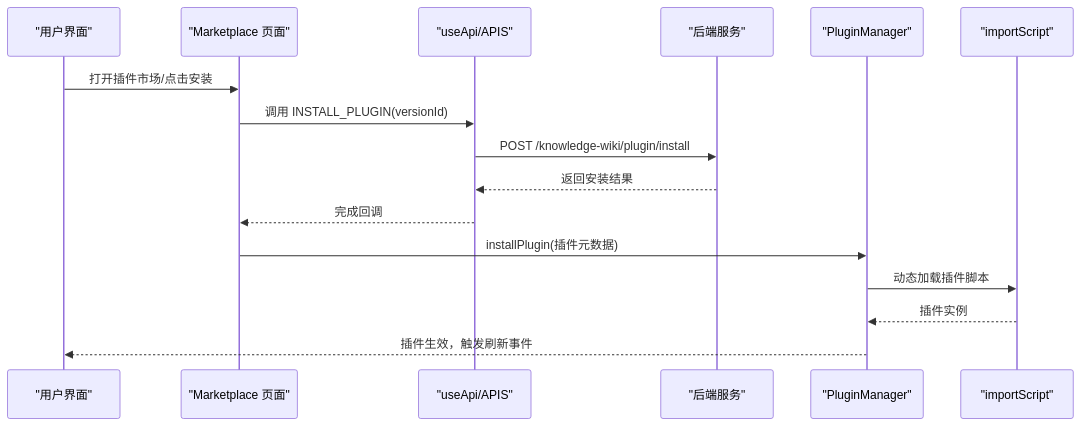
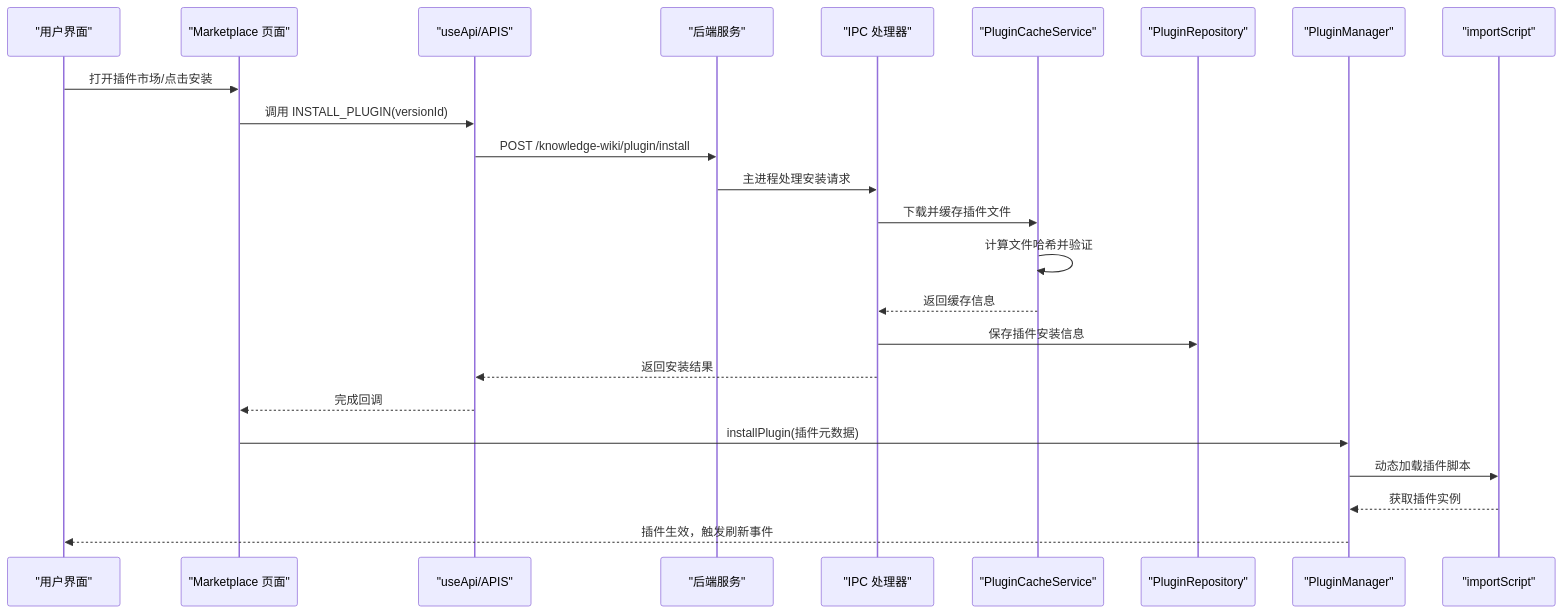
The second of 7 diagrams in .qoder/repowiki/zh/content/API参考/插件管理API.md (LRF0422/Kotion), drawn with Mermaid before and after one commit. The commit also changed other lines of this file and 75 other files, not shown here.

````diff
--- a/.qoder/repowiki/zh/content/API参考/插件管理API.md
+++ b/.qoder/repowiki/zh/content/API参考/插件管理API.md
@@ -120,18 +175,26 @@
 ```mermaid
 sequenceDiagram
 participant U as "用户界面"
 participant Mkt as "Marketplace 页面"
 participant API as "useApi/APIS"
 participant BE as "后端服务"
+participant IPC as "IPC 处理器"
+participant Cache as "PluginCacheService"
+participant Repo as "PluginRepository"
 participant PM as "PluginManager"
 participant Loader as "importScript"
 U->>Mkt : 打开插件市场/点击安装
 Mkt->>API : 调用 INSTALL_PLUGIN(versionId)
 API->>BE : POST /knowledge-wiki/plugin/install
-BE-->>API : 返回安装结果
+BE->>IPC : 主进程处理安装请求
+IPC->>Cache : 下载并缓存插件文件
+Cache->>Cache : 计算文件哈希并验证
+Cache-->>IPC : 返回缓存信息
+IPC->>Repo : 保存插件安装信息
+IPC-->>API : 返回安装结果
 API-->>Mkt : 完成回调
 Mkt->>PM : installPlugin(插件元数据)
 PM->>Loader : 动态加载插件脚本
-Loader-->>PM : 插件实例
+Loader-->>PM : 获取插件实例
 PM-->>U : 插件生效，触发刷新事件
 ```
````
